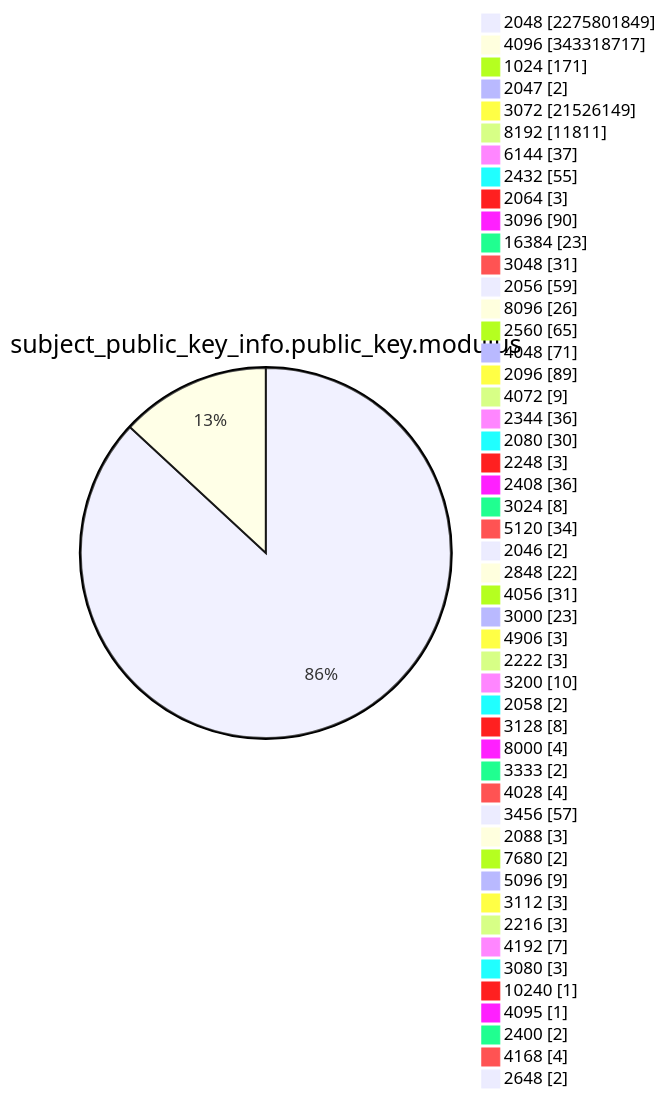
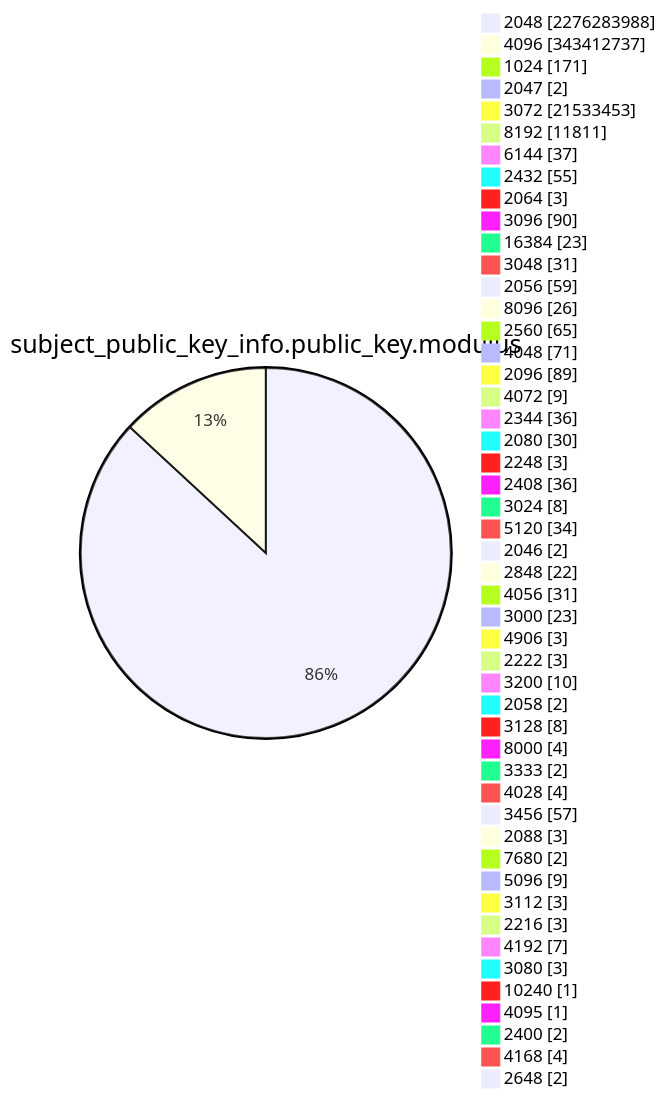
One commit to christiankrug/ctmonitor_visualization changed diagram 13 of 15 in TOTAL/README.md. Above: the diagram before and after it, drawn with Mermaid. The commit also changed other lines of this file, not shown here.

````diff
--- a/TOTAL/README.md
+++ b/TOTAL/README.md
@@ -4167,53 +4167,53 @@
 ```mermaid
 pie showData
 title subject_public_key_info.public_key.modulus
-"2048" :2275801849
-"4096" :343318717
+"2048" :2276283988
+"4096" :343412737
 "1024" :171
 "2047" :2
-"3072" :21526149
+"3072" :21533453
 "8192" :11811
 "6144" :37
 "2432" :55
 "2064" :3
 "3096" :90
 "16384" :23
 "3048" :31
 "2056" :59
 "8096" :26
 "2560" :65
 "4048" :71
 "2096" :89
 "4072" :9
 "2344" :36
 "2080" :30
 "2248" :3
 "2408" :36
 "3024" :8
 "5120" :34
 "2046" :2
 "2848" :22
 "4056" :31
 "3000" :23
 "4906" :3
 "2222" :3
 "3200" :10
 "2058" :2
 "3128" :8
 "8000" :4
 "3333" :2
 "4028" :4
 "3456" :57
 "2088" :3
 "7680" :2
 "5096" :9
 "3112" :3
 "2216" :3
 "4192" :7
 "3080" :3
 "10240" :1
 "4095" :1
 "2400" :2
 "4168" :4
 "2648" :2
 ```
````
